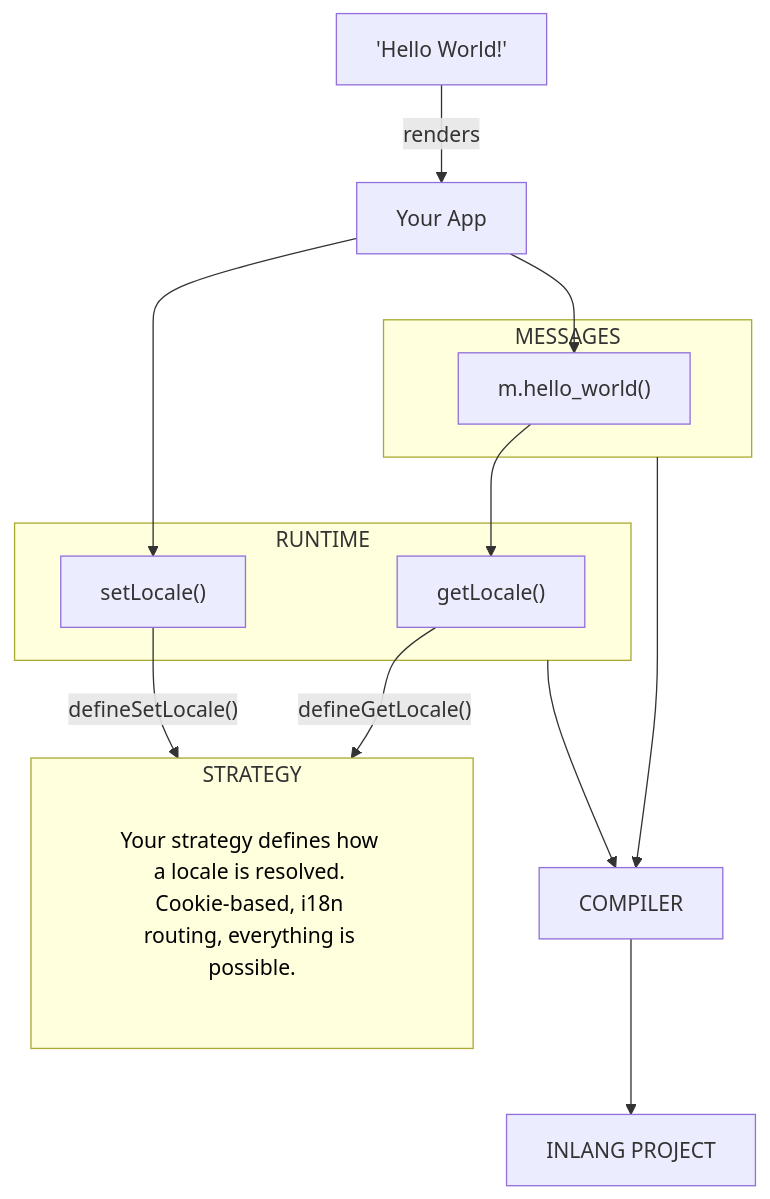
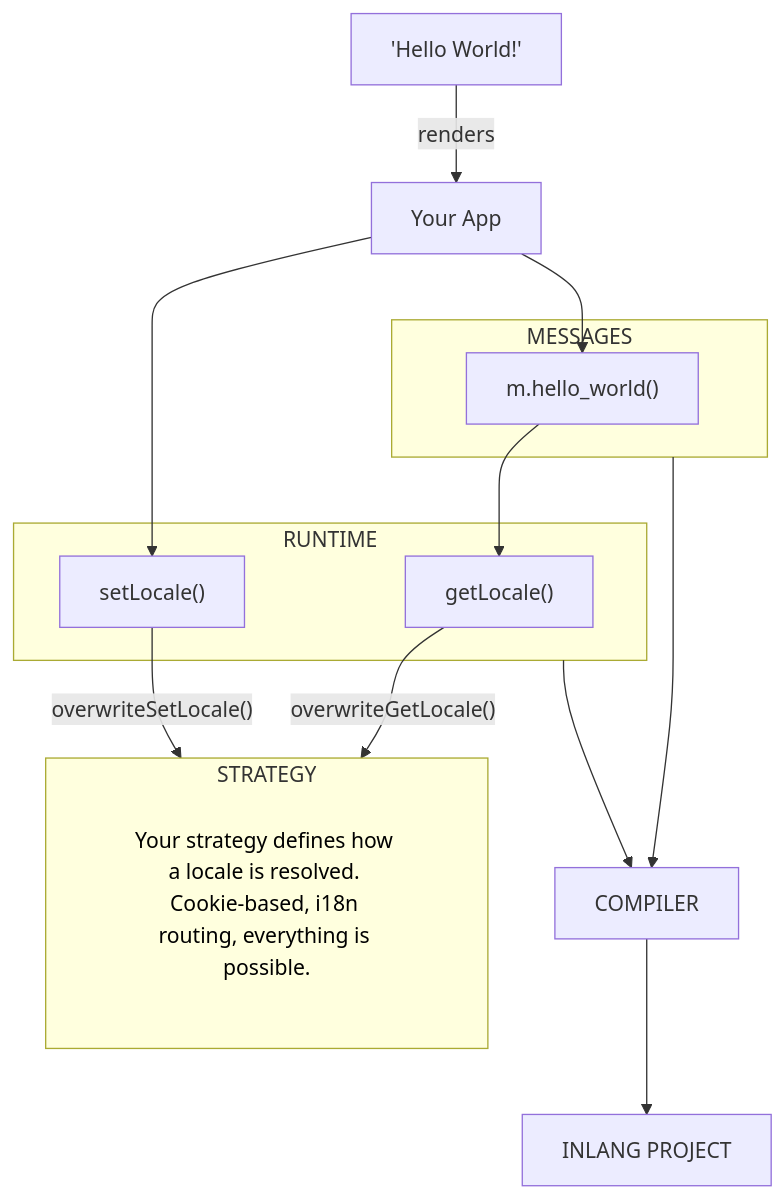
Before and after one commit to opral/monorepo: the diagram in inlang/packages/paraglide/paraglide-js/docs/architecture.md, drawn with Mermaid. The commit also changed 15 other files, not shown here.

First line of the commit message:
rename `defineGetLocale()` to `overwriteGetLocale()`

````diff
--- a/inlang/packages/paraglide/paraglide-js/docs/architecture.md
+++ b/inlang/packages/paraglide/paraglide-js/docs/architecture.md
@@ -16,33 +16,33 @@
 ```mermaid
 flowchart TD
     INLANG_PROJECT[INLANG PROJECT]
 
     COMPILER[COMPILER]
 
     subgraph RUNTIME
         GET_LOCALE["getLocale()"]
         SET_LOCALE["setLocale()"]
     end
 
     subgraph MESSAGES
         M["m.hello_world()"]
     end
 
 
     subgraph STRATEGY
         X["Your strategy defines how a locale is resolved. Cookie-based, i18n routing, everything is possible."]
     end
 
     COMPILER --> INLANG_PROJECT
     M --> GET_LOCALE
     MESSAGES --> COMPILER
     RUNTIME --> COMPILER
     APP[Your App] --> M
     MESSAGE["'Hello World!'"] -->|renders| APP[Your App]
     APP --> SET_LOCALE
-    GET_LOCALE -->|"defineGetLocale()"| STRATEGY
-    SET_LOCALE -->|"defineSetLocale()"| STRATEGY
+    GET_LOCALE -->|"overwriteGetLocale()"| STRATEGY
+    SET_LOCALE -->|"overwriteSetLocale()"| STRATEGY
 
     classDef plainText stroke-width:0,fill-opacity:0,color:black;
     class X plainText
 ```
````
